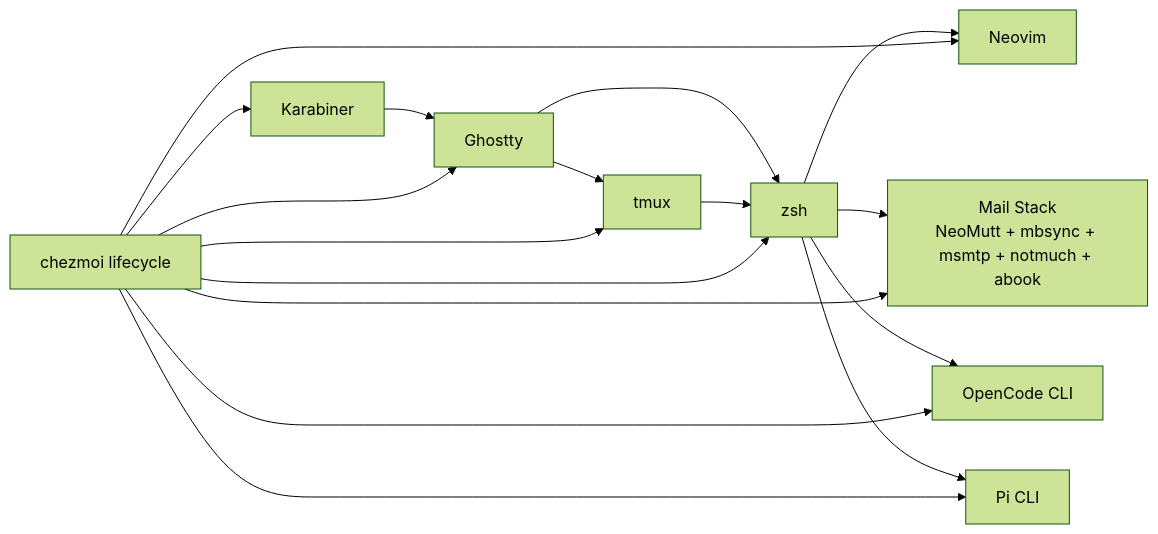
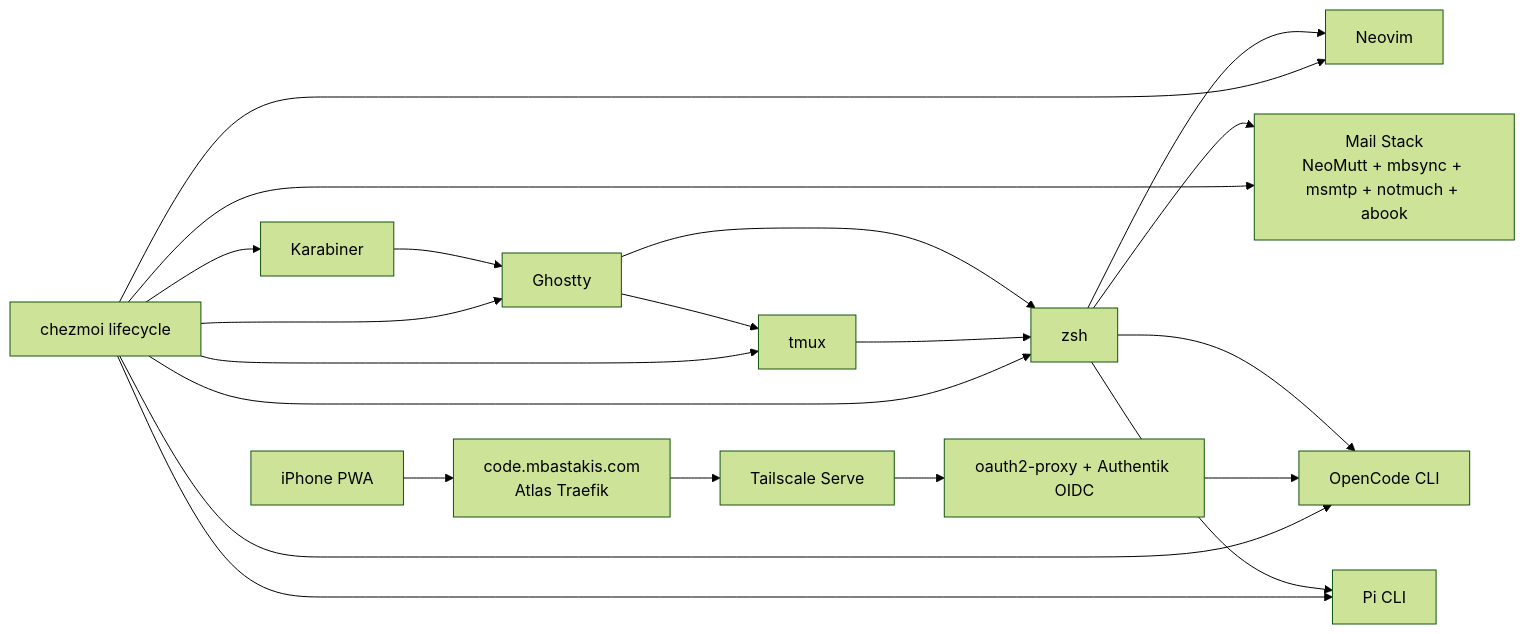
One commit to mbastakis/dotfiles changed the first of 2 diagrams in docs/architecture/overview.md. Above: the diagram before and after it, drawn with Mermaid (forest theme). The commit also changed other lines of this file and 59 other files, not shown here.

````diff
--- a/docs/architecture/overview.md
+++ b/docs/architecture/overview.md
@@ -7,19 +7,23 @@
 ```mermaid
 flowchart LR
   K[Karabiner] --> G[Ghostty]
   G --> T[tmux]
   G --> Z[zsh]
   T --> Z
   Z --> N[Neovim]
   Z --> M[Mail Stack\nNeoMutt + mbsync + msmtp + notmuch + abook]
   Z --> O[OpenCode CLI]
+  I[iPhone PWA] --> AT[code.mbastakis.com<br/>Atlas Traefik]
+  AT --> TS[Tailscale Serve]
+  TS --> A[oauth2-proxy + Authentik OIDC]
+  A --> O
   Z --> P[Pi CLI]
   C[chezmoi lifecycle] --> Z
   C --> N
   C --> M
   C --> O
   C --> P
   C --> K
   C --> G
   C --> T
 ```
````
